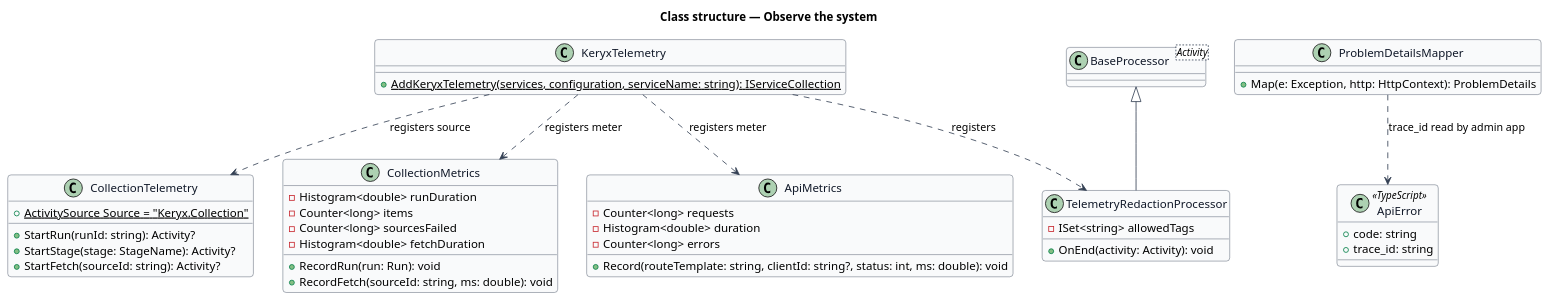
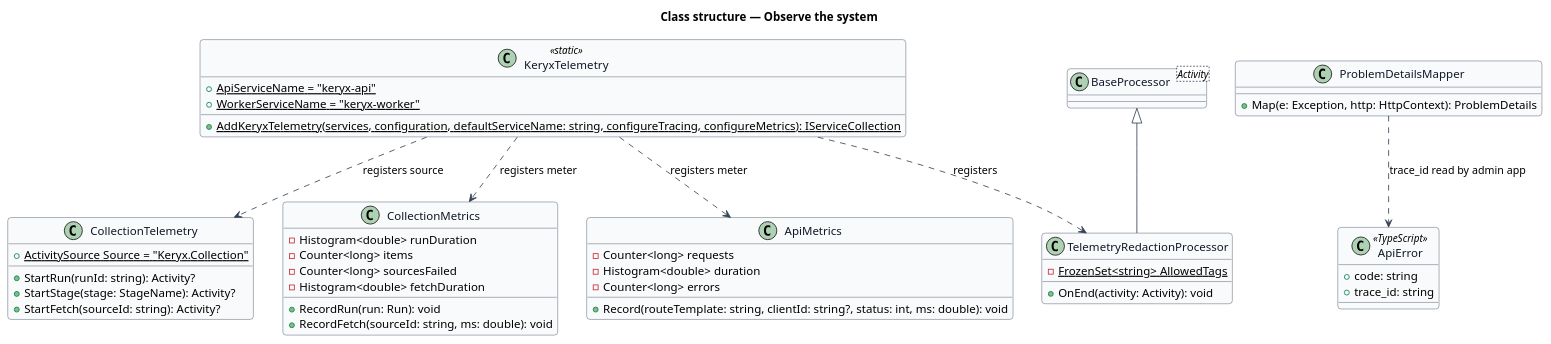
One commit to QuinntyneBrown/keryx changed the diagram in docs/detailed-designs/operations/observe-the-system/diagrams/class-structure.puml. Above: the diagram before and after it, drawn with PlantUML. The commit also changed 17 other files, not shown here.

```diff
--- a/docs/detailed-designs/operations/observe-the-system/diagrams/class-structure.puml
+++ b/docs/detailed-designs/operations/observe-the-system/diagrams/class-structure.puml
@@ -1,58 +1,60 @@
 @startuml
 ' --- shared skin header ---
 skinparam backgroundColor #FFFFFF
 skinparam shadowing false
 skinparam roundcorner 8
 skinparam defaultFontName Arial
 skinparam ArrowColor #344054
 skinparam class {
   BorderColor #344054
   FontColor #101828
   BackgroundColor #F9FAFB
 }
 ' --------------------------
 title Class structure — Observe the system
 
-class KeryxTelemetry {
-  +{static} AddKeryxTelemetry(services, configuration, serviceName: string): IServiceCollection
+class KeryxTelemetry <<static>> {
+  +{static} ApiServiceName = "keryx-api"
+  +{static} WorkerServiceName = "keryx-worker"
+  +{static} AddKeryxTelemetry(services, configuration, defaultServiceName: string, configureTracing, configureMetrics): IServiceCollection
 }
 class TelemetryRedactionProcessor {
-  -ISet<string> allowedTags
+  -{static} FrozenSet<string> AllowedTags
   +OnEnd(activity: Activity): void
 }
 class CollectionTelemetry {
   +{static} ActivitySource Source = "Keryx.Collection"
   +StartRun(runId: string): Activity?
   +StartStage(stage: StageName): Activity?
   +StartFetch(sourceId: string): Activity?
 }
 class CollectionMetrics {
   -Histogram<double> runDuration
   -Counter<long> items
   -Counter<long> sourcesFailed
   -Histogram<double> fetchDuration
   +RecordRun(run: Run): void
   +RecordFetch(sourceId: string, ms: double): void
 }
 class ApiMetrics {
   -Counter<long> requests
   -Histogram<double> duration
   -Counter<long> errors
   +Record(routeTemplate: string, clientId: string?, status: int, ms: double): void
 }
 class ProblemDetailsMapper {
   +Map(e: Exception, http: HttpContext): ProblemDetails
 }
 class "BaseProcessor<Activity>" as BP
 class ApiError <<TypeScript>> {
   +code: string
   +trace_id: string
 }
 
 BP <|-- TelemetryRedactionProcessor
 KeryxTelemetry ..> TelemetryRedactionProcessor : registers
 KeryxTelemetry ..> CollectionTelemetry : registers source
 KeryxTelemetry ..> CollectionMetrics : registers meter
 KeryxTelemetry ..> ApiMetrics : registers meter
 ProblemDetailsMapper ..> ApiError : trace_id read by admin app
 @enduml
```
